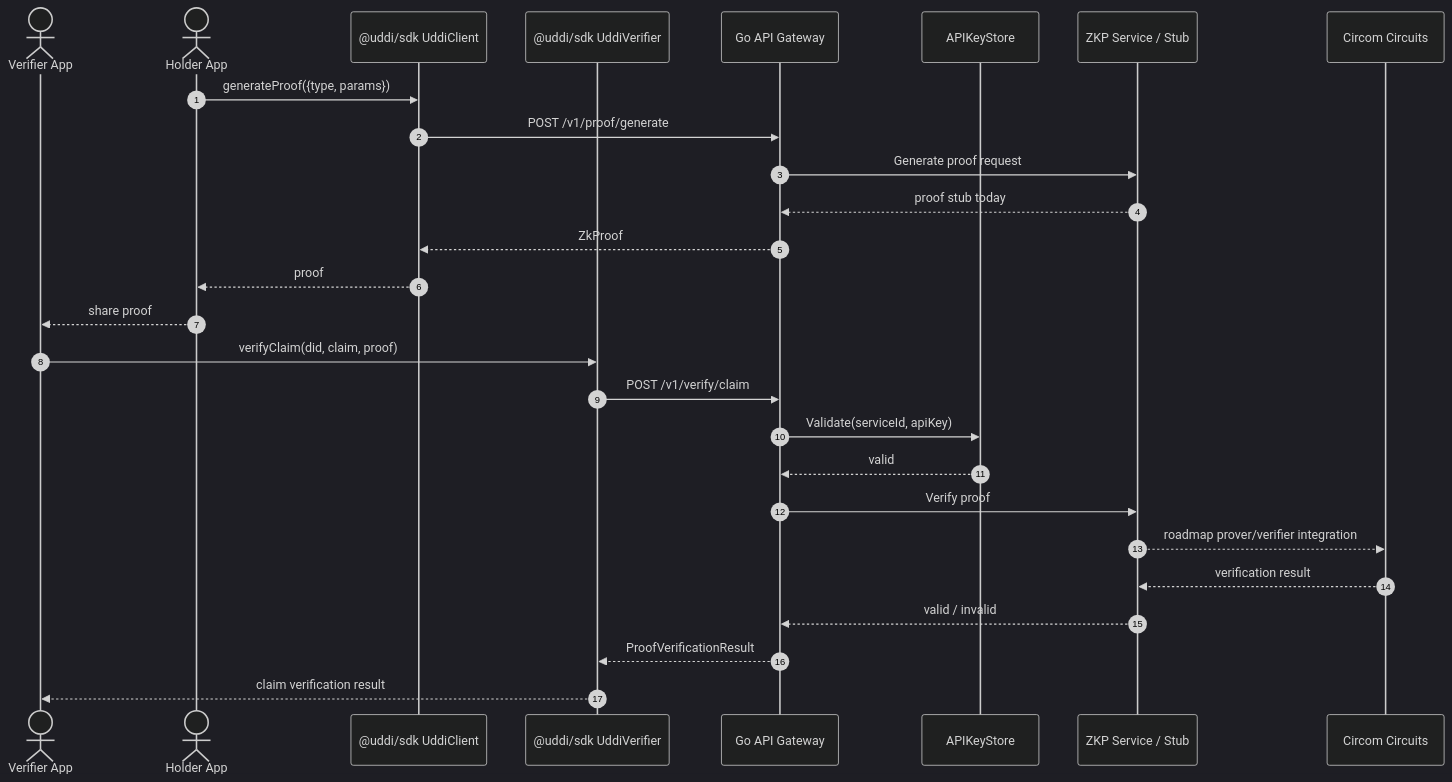
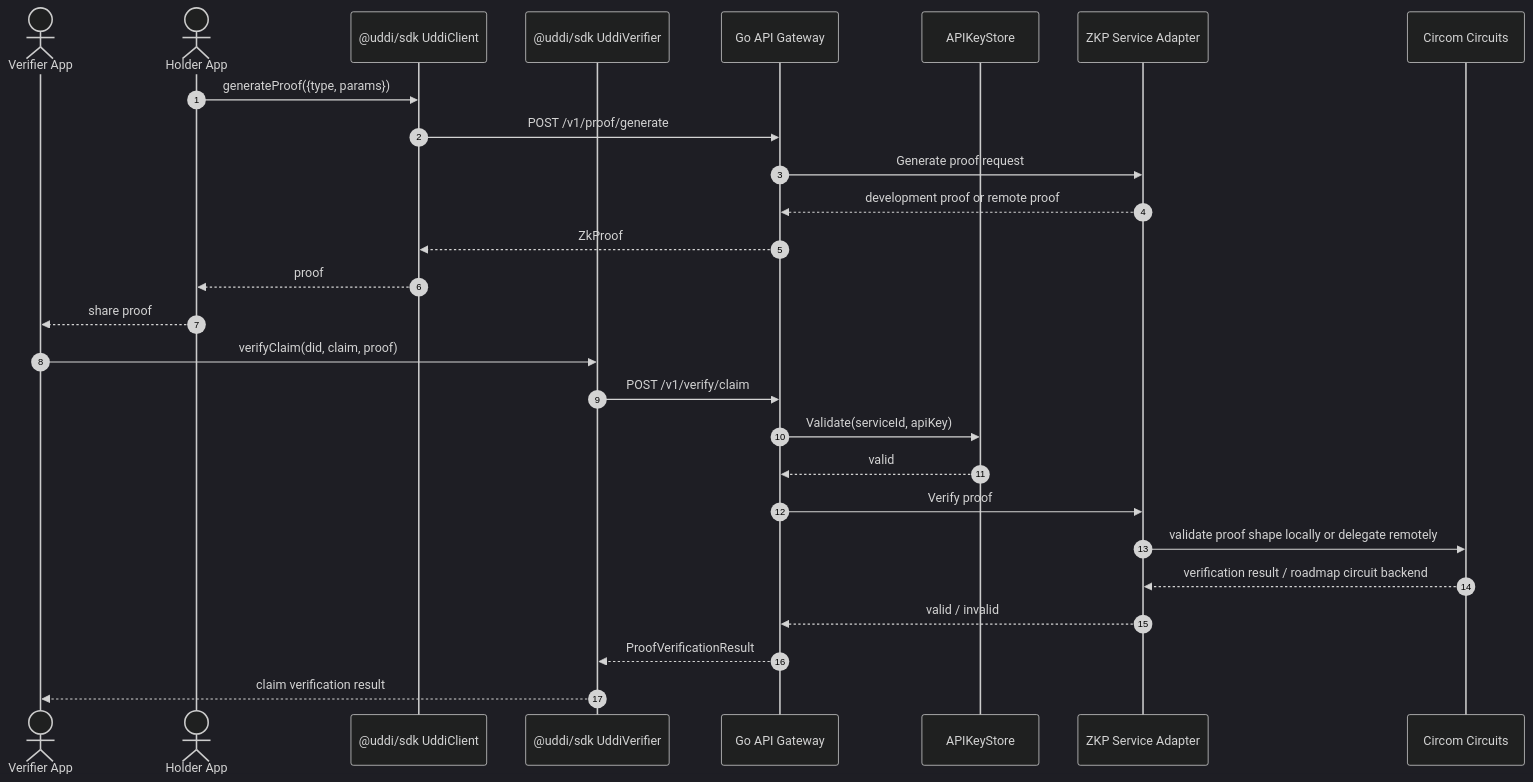
One commit to est57/uddi-framework changed the third of 3 diagrams in README.md. Above: the diagram before and after it, drawn with Mermaid (dark theme). The commit also changed other lines of this file and 7 other files, not shown here.

Commit message:
Add ZKP service adapter validation

````diff
--- a/README.md
+++ b/README.md
@@ -455,31 +455,31 @@
 ```mermaid
 sequenceDiagram
     autonumber
     actor VerifierApp as Verifier App
     actor Holder as Holder App
     participant HolderSDK as @uddi/sdk UddiClient
     participant VerifierSDK as @uddi/sdk UddiVerifier
     participant API as Go API Gateway
     participant APIKeys as APIKeyStore
-    participant ZKP as ZKP Service / Stub
+    participant ZKP as ZKP Service Adapter
     participant Circuits as Circom Circuits
 
     Holder->>HolderSDK: generateProof({type, params})
     HolderSDK->>API: POST /v1/proof/generate
     API->>ZKP: Generate proof request
-    ZKP-->>API: proof stub today
+    ZKP-->>API: development proof or remote proof
     API-->>HolderSDK: ZkProof
     HolderSDK-->>Holder: proof
 
     Holder-->>VerifierApp: share proof
     VerifierApp->>VerifierSDK: verifyClaim(did, claim, proof)
     VerifierSDK->>API: POST /v1/verify/claim
     API->>APIKeys: Validate(serviceId, apiKey)
     APIKeys-->>API: valid
     API->>ZKP: Verify proof
-    ZKP-->>Circuits: roadmap prover/verifier integration
-    Circuits-->>ZKP: verification result
+    ZKP->>Circuits: validate proof shape locally or delegate remotely
+    Circuits-->>ZKP: verification result / roadmap circuit backend
     ZKP-->>API: valid / invalid
     API-->>VerifierSDK: ProofVerificationResult
     VerifierSDK-->>VerifierApp: claim verification result
 ```
````
